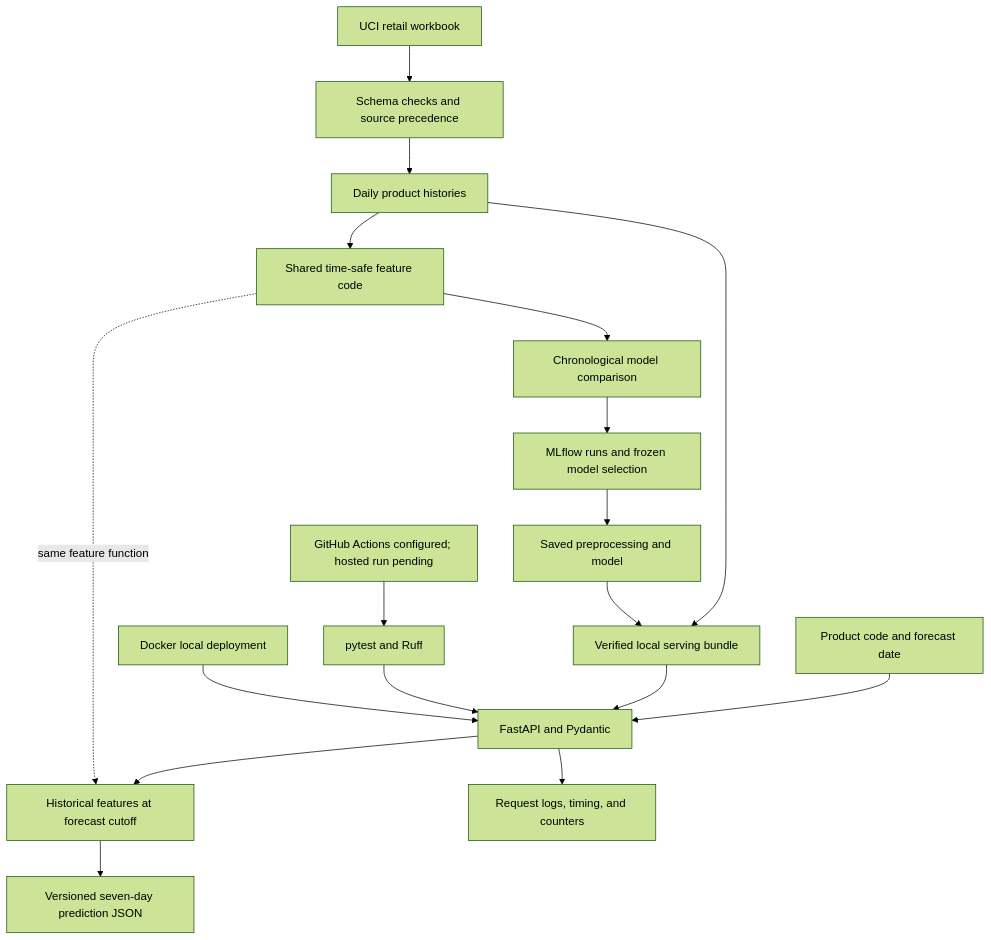
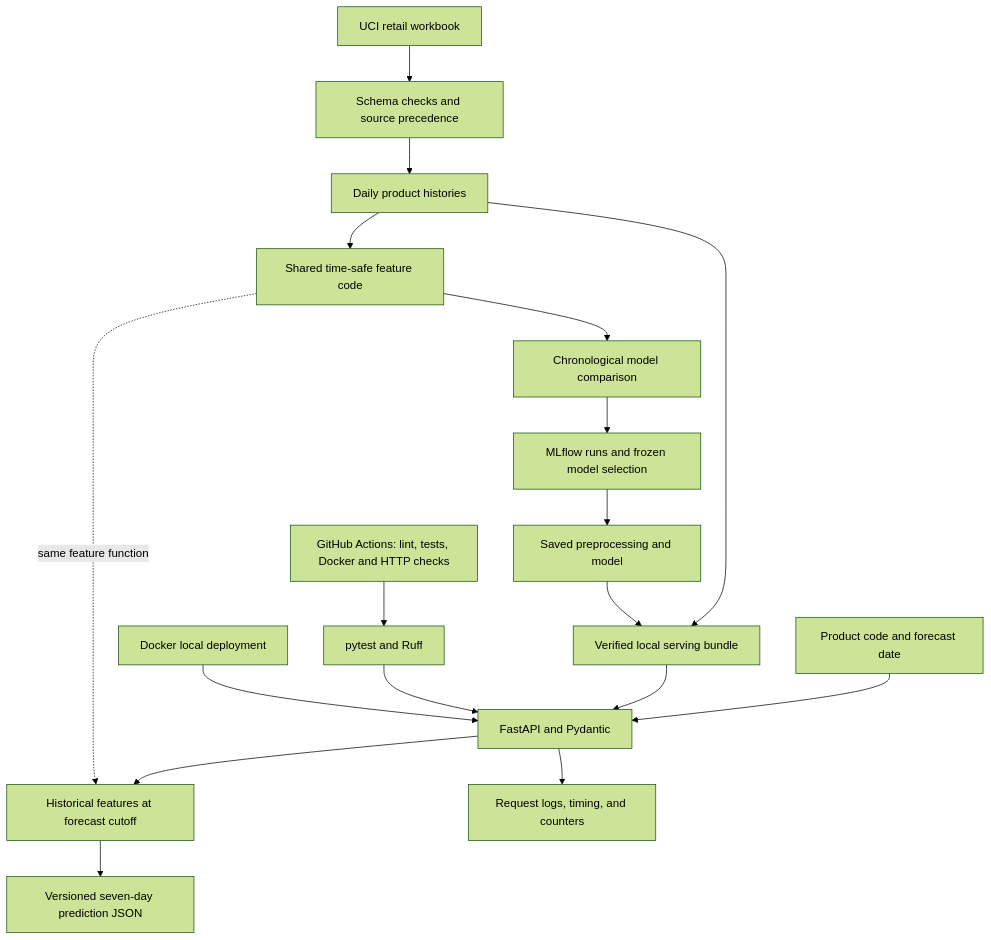
Before and after one commit to nihal-usman-chenganath/retailcast-ml-engineering: the diagram in README.md, drawn with Mermaid (forest theme). The commit also changed other lines of this file and 12 other files, not shown here.

Commit message:
Publish verified GitHub CI evidence and update portfolio release status

````diff
--- a/README.md
+++ b/README.md
@@ -22,20 +27,20 @@
 ```mermaid
 flowchart TD
     A[UCI retail workbook] --> B[Schema checks and source precedence]
     B --> C[Daily product histories]
     C --> D[Shared time-safe feature code]
     D --> E[Chronological model comparison]
     E --> F[MLflow runs and frozen model selection]
     F --> G[Saved preprocessing and model]
     C --> H[Verified local serving bundle]
     G --> H
     I[Product code and forecast date] --> J[FastAPI and Pydantic]
     H --> J
     J --> K[Historical features at forecast cutoff]
     D -. same feature function .-> K
     K --> L[Versioned seven-day prediction JSON]
     J --> M[Request logs, timing, and counters]
     N[pytest and Ruff] --> J
     O[Docker local deployment] --> J
-    P[GitHub Actions configured; hosted run pending] --> N
+    P[GitHub Actions: lint, tests, Docker and HTTP checks] --> N
 ```
````
